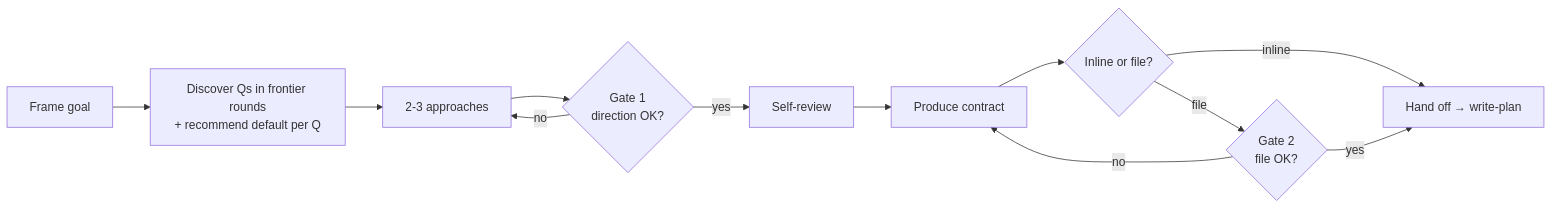
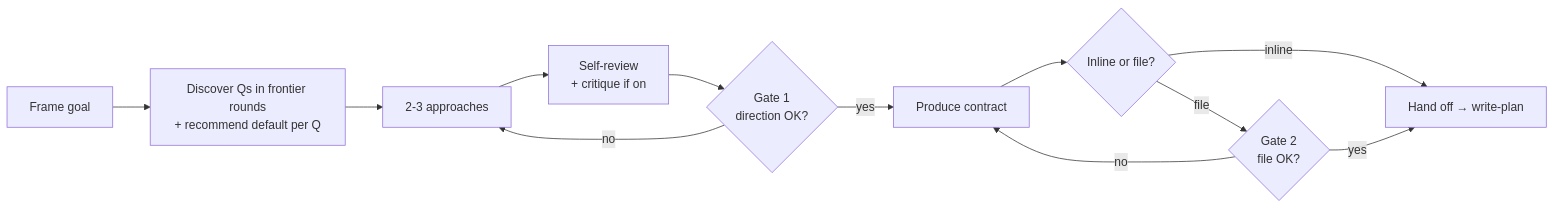
One commit to nuttaruj/rolepod changed the diagram in plugins/rolepod-codex/skills/write-spec/SKILL.md. Above: the diagram before and after it, drawn with Mermaid. The commit also changed other lines of this file and 80 other files, not shown here.

````diff
--- a/plugins/rolepod-codex/skills/write-spec/SKILL.md
+++ b/plugins/rolepod-codex/skills/write-spec/SKILL.md
@@ -62,14 +62,14 @@
 ```mermaid
 flowchart LR
   A[Frame goal] --> B[Discover Qs in frontier rounds<br/>+ recommend default per Q]
   B --> C[2-3 approaches]
-  C --> D{Gate 1<br/>direction OK?}
+  C --> E[Self-review<br/>+ critique if on]
+  E --> D{Gate 1<br/>direction OK?}
   D -- no --> C
-  D -- yes --> E[Self-review]
-  E --> F[Produce contract]
+  D -- yes --> F[Produce contract]
   F --> G{Inline or file?}
   G -- inline --> Z[Hand off → write-plan]
   G -- file --> H{Gate 2<br/>file OK?}
   H -- no --> F
   H -- yes --> Z
 ```
````
